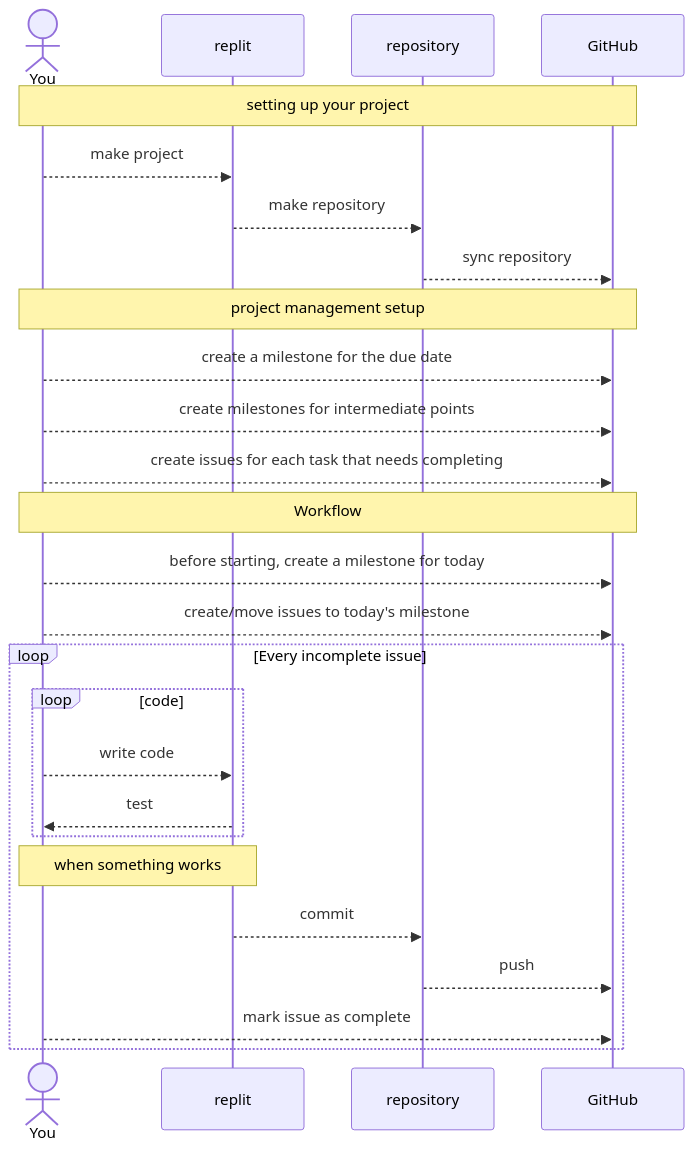
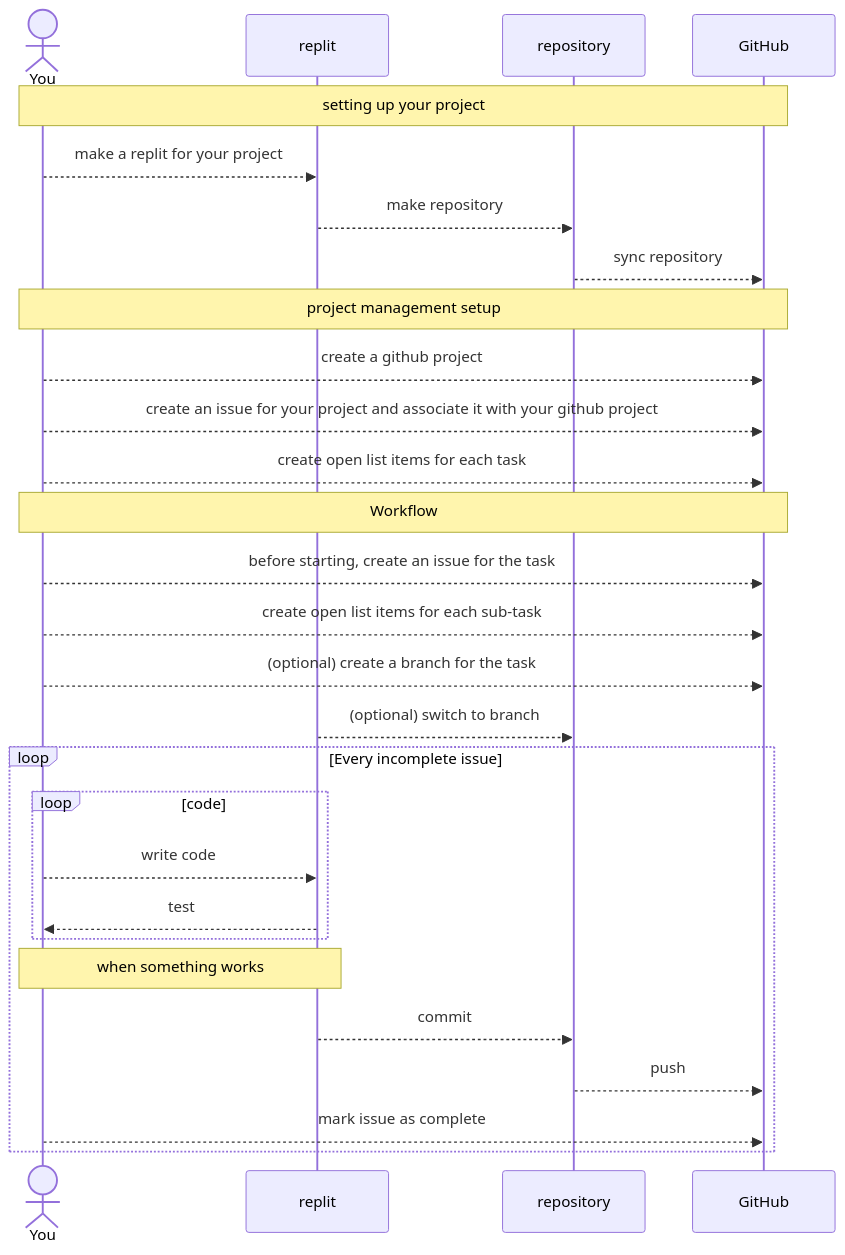
Before and after one commit to CS-at-GA/Getting-Started-With-GitHub: the diagram in PMwGH.md, drawn with Mermaid.

````diff
--- a/PMwGH.md
+++ b/PMwGH.md
@@ -3,28 +3,30 @@
 ```mermaid
 sequenceDiagram
     actor You
     participant replit
     participant repository
     participant GitHub
     Note over You,GitHub: setting up your project
-    You -->> replit: make project
+    You -->> replit: make a replit for your project
     replit -->> repository: make repository
     repository -->> GitHub: sync repository
     Note over You,GitHub: project management setup
-    You -->> GitHub: create a milestone for the due date
-    You -->> GitHub: create milestones for intermediate points
-    You -->> GitHub: create issues for each task that needs completing
+    You -->> GitHub: create a github project
+    You -->> GitHub: create an issue for your project and associate it with your github project
+    You -->> GitHub: create open list items for each task
     Note over You,GitHub: Workflow
-    You -->> GitHub: before starting, create a milestone for today
-    You -->> GitHub: create/move issues to today's milestone
+    You -->> GitHub: before starting, create an issue for the task
+    You -->> GitHub: create open list items for each sub-task
+    You -->> GitHub: (optional) create a branch for the task
+    replit -->> repository: (optional) switch to branch
     loop Every incomplete issue
         loop code
             You-->>replit: write code
             replit-->>You: test
         end
         Note over You,replit: when something works
         replit-->>repository: commit
         repository-->>GitHub: push
         You-->>GitHub: mark issue as complete
     end
 ```
````
